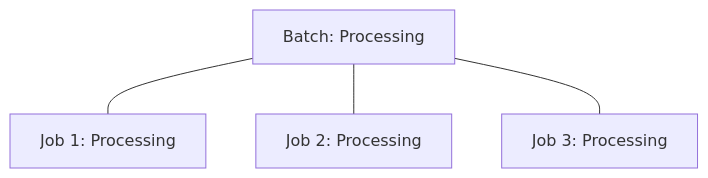
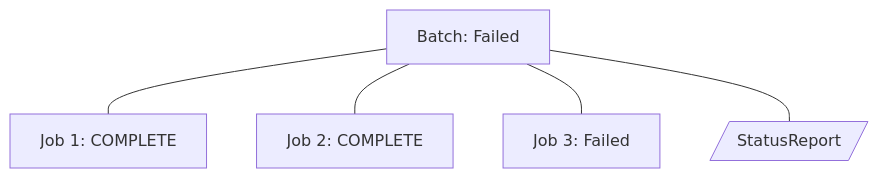
Before and after one commit to CDLUC3/mrt-zk: diagram 28 of 48 in design/use-cases.md, drawn with Mermaid. The commit also changed other lines of this file, not shown here.

Commit message:
mermaid diagrams

````diff
--- a/design/use-cases.md
+++ b/design/use-cases.md
@@ -283,10 +356,13 @@
 ```mermaid
 graph TD
-  Batch[Batch: Processing]
-  Job1[Job 1: Processing]
-  Job2[Job 2: Processing]
-  Job3[Job 3: Processing]
+  accTitle: 'Batch(Failed) has 3 Jobs (Complete, Complete, Failed)'
+  Batch[Batch: Failed]
+  Job1[Job 1: COMPLETE]
+  Job2[Job 2: COMPLETE]
+  Job3[Job 3: Failed]
   Batch --- Job1
   Batch --- Job2
   Batch --- Job3
+  StatusReport[/StatusReport/]
+  Batch --- StatusReport
 ```
````
